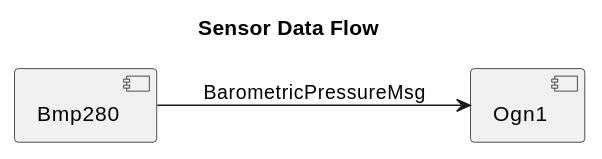
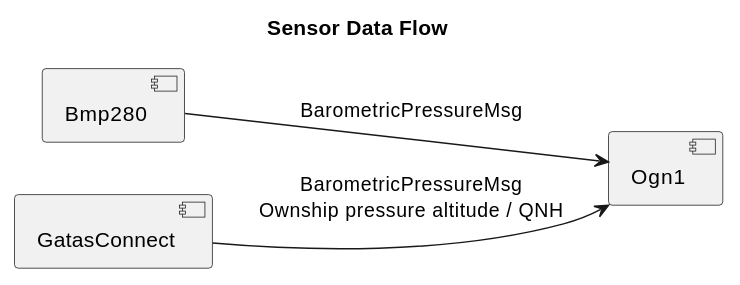
Before and after one commit to rvt/openace: the sixth of 7 diagrams in doc/message-bus.md, drawn with PlantUML. The commit also changed other lines of this file and 34 other files, not shown here.

Commit message:
Send pressureAltitude for GDL90

````diff
--- a/doc/message-bus.md
+++ b/doc/message-bus.md
@@ -338,13 +339,14 @@
 ```plantuml
 ' =====================================================================
 ' SENSOR FLOW
 ' =====================================================================
 @startuml
 title Sensor Data Flow
 
 left to right direction
 
 [Bmp280] --> [Ogn1] : BarometricPressureMsg
+[GatasConnect] --> [Ogn1] : BarometricPressureMsg\nOwnship pressure altitude / QNH
 
 @enduml
 ```
````
